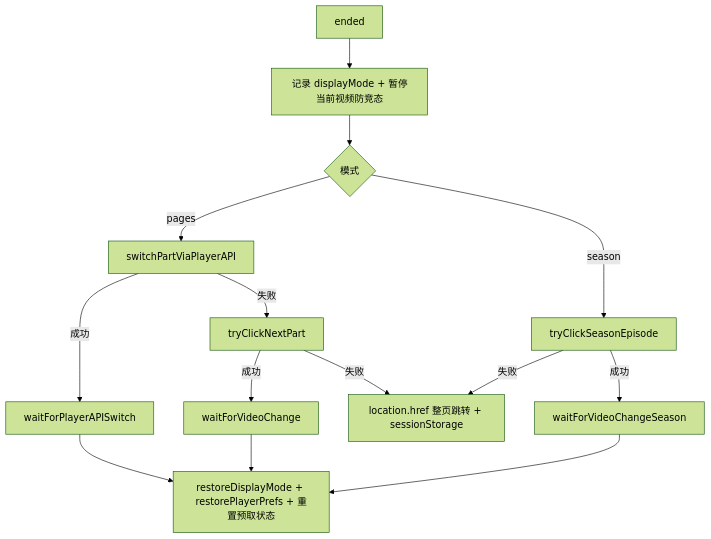
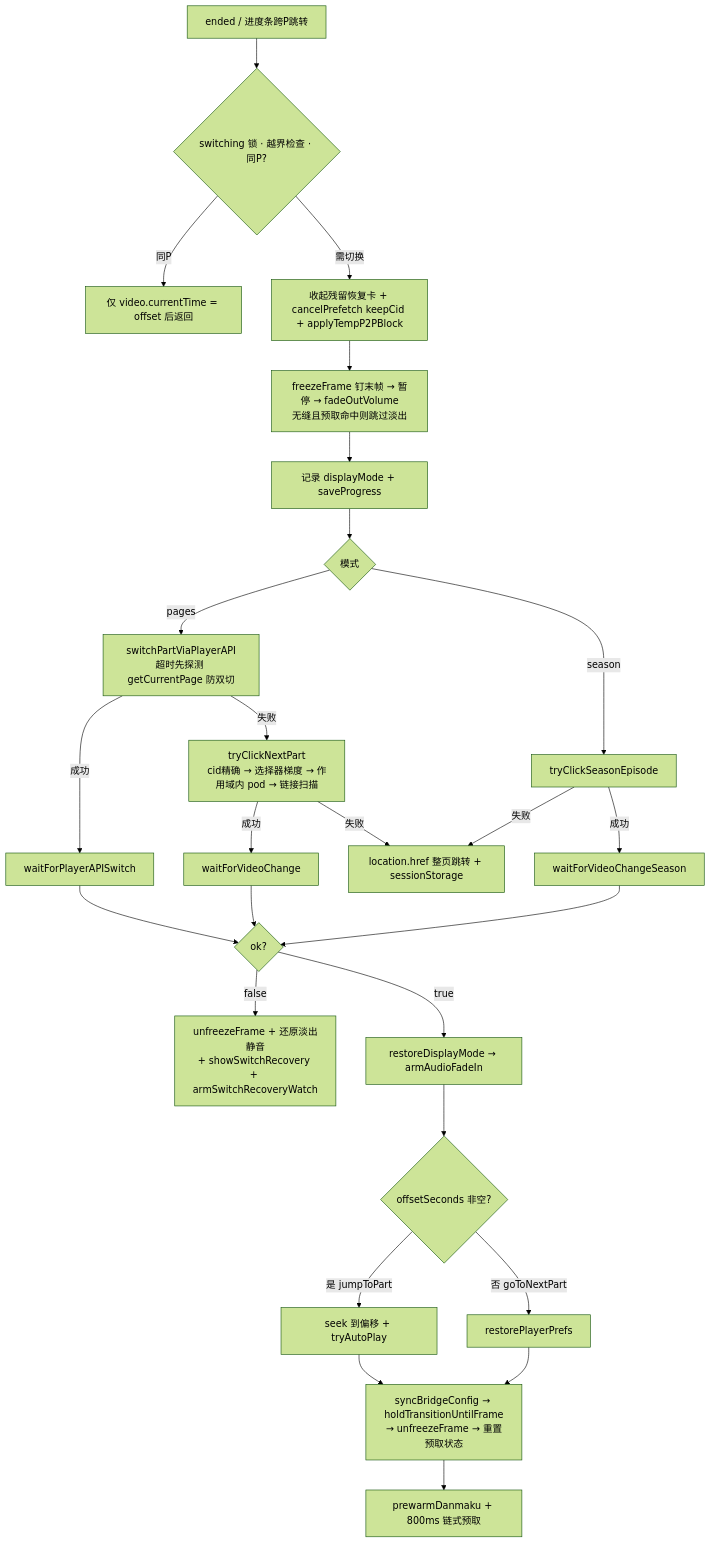
The third of 5 diagrams in CODE_WIKI.md (foggy-m/bilibili-cinema-mode), drawn with Mermaid (forest theme) before and after one commit. The commit also changed other lines of this file and 19 other files, not shown here.

````diff
--- a/CODE_WIKI.md
+++ b/CODE_WIKI.md
@@ -697,16 +741,28 @@
 ```mermaid
 graph TB
-    A[ended] --> B[记录 displayMode + 暂停当前视频防竞态]
-    B --> C{模式}
+    A[ended / 进度条跨P跳转] --> A1{switching 锁 · 越界检查 · 同P?}
+    A1 -->|同P| A2[仅 video.currentTime = offset 后返回]
+    A1 -->|需切换| B[收起残留恢复卡 + cancelPrefetch keepCid + applyTempP2PBlock]
+    B --> B1[freezeFrame 钉末帧 → 暂停 → fadeOutVolume<br/>无缝且预取命中则跳过淡出]
+    B1 --> B2[记录 displayMode + saveProgress]
+    B2 --> C{模式}
     C -->|season| D[tryClickSeasonEpisode]
-    C -->|pages| E[switchPartViaPlayerAPI]
+    C -->|pages| E[switchPartViaPlayerAPI<br/>超时先探测 getCurrentPage 防双切]
     E -->|成功| F[waitForPlayerAPISwitch]
-    E -->|失败| G[tryClickNextPart]
+    E -->|失败| G[tryClickNextPart<br/>cid精确 → 选择器梯度 → 作用域内 pod → 链接扫描]
     G -->|成功| H[waitForVideoChange]
     G -->|失败| I[location.href 整页跳转 + sessionStorage]
     D -->|成功| J[waitForVideoChangeSeason]
     D -->|失败| I
-    F --> K[restoreDisplayMode + restorePlayerPrefs + 重置预取状态]
+    F --> K{ok?}
     H --> K
     J --> K
+    K -->|false| L[unfreezeFrame + 还原淡出静音<br/>+ showSwitchRecovery + armSwitchRecoveryWatch]
+    K -->|true| M[restoreDisplayMode → armAudioFadeIn]
+    M --> N{offsetSeconds 非空?}
+    N -->|是 jumpToPart| O[seek 到偏移 + tryAutoPlay]
+    N -->|否 goToNextPart| P[restorePlayerPrefs]
+    O --> Q[syncBridgeConfig → holdTransitionUntilFrame<br/>→ unfreezeFrame → 重置预取状态]
+    P --> Q
+    Q --> R[prewarmDanmaku + 800ms 链式预取]
 ```
````
